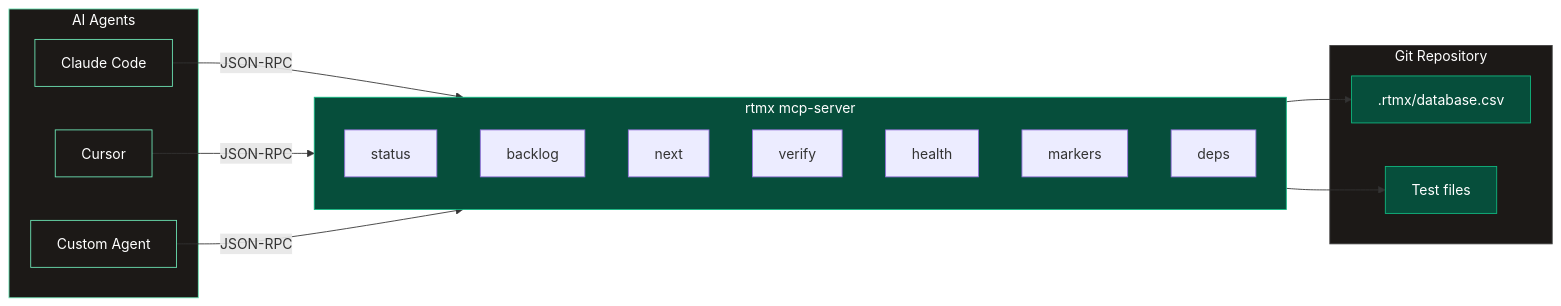
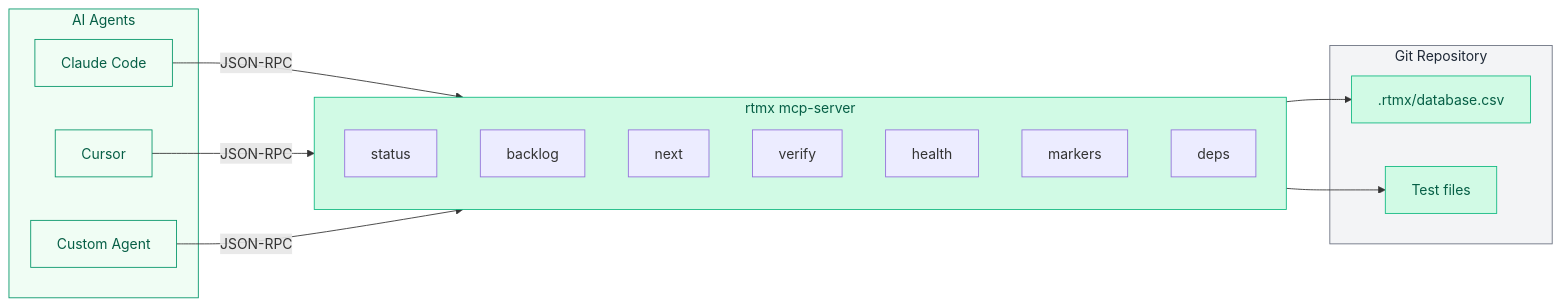
Before and after one commit to rtmx-ai/rtmx: the third of 3 diagrams in README.md, drawn with Mermaid. The commit also changed other lines of this file and 3 other files, not shown here.

First line of the commit message:
fix: update Mermaid diagrams for light-mode contrast on GitHub

````diff
--- a/README.md
+++ b/README.md
@@ -97,38 +97,38 @@
 ```mermaid
 flowchart LR
     subgraph agents["AI Agents"]
         A1["Claude Code"]
         A2["Cursor"]
         A3["Custom Agent"]
     end
 
     subgraph mcp["rtmx mcp-server"]
         T1["status"]
         T2["backlog"]
         T3["next"]
         T4["verify"]
         T5["health"]
         T6["markers"]
         T7["deps"]
     end
 
     subgraph repo["Git Repository"]
         DB[".rtmx/database.csv"]
         Tests["Test files"]
     end
 
     A1 -- "JSON-RPC" --> mcp
     A2 -- "JSON-RPC" --> mcp
     A3 -- "JSON-RPC" --> mcp
     mcp --> DB
     mcp --> Tests
 
-    style agents fill:#1c1917,stroke:#6ee7b7,color:#fff
-    style mcp fill:#064e3b,stroke:#10b981,color:#fff
-    style repo fill:#1c1917,stroke:#404040,color:#fff
-    style A1 fill:#1c1917,stroke:#6ee7b7,color:#fff
-    style A2 fill:#1c1917,stroke:#6ee7b7,color:#fff
-    style A3 fill:#1c1917,stroke:#6ee7b7,color:#fff
-    style DB fill:#064e3b,stroke:#10b981,color:#fff
-    style Tests fill:#064e3b,stroke:#10b981,color:#fff
+    style agents fill:#f0fdf4,stroke:#059669,color:#065f46
+    style mcp fill:#d1fae5,stroke:#10b981,color:#065f46
+    style repo fill:#f3f4f6,stroke:#6b7280,color:#1f2937
+    style A1 fill:#f0fdf4,stroke:#059669,color:#065f46
+    style A2 fill:#f0fdf4,stroke:#059669,color:#065f46
+    style A3 fill:#f0fdf4,stroke:#059669,color:#065f46
+    style DB fill:#d1fae5,stroke:#10b981,color:#065f46
+    style Tests fill:#d1fae5,stroke:#10b981,color:#065f46
 ```
````
